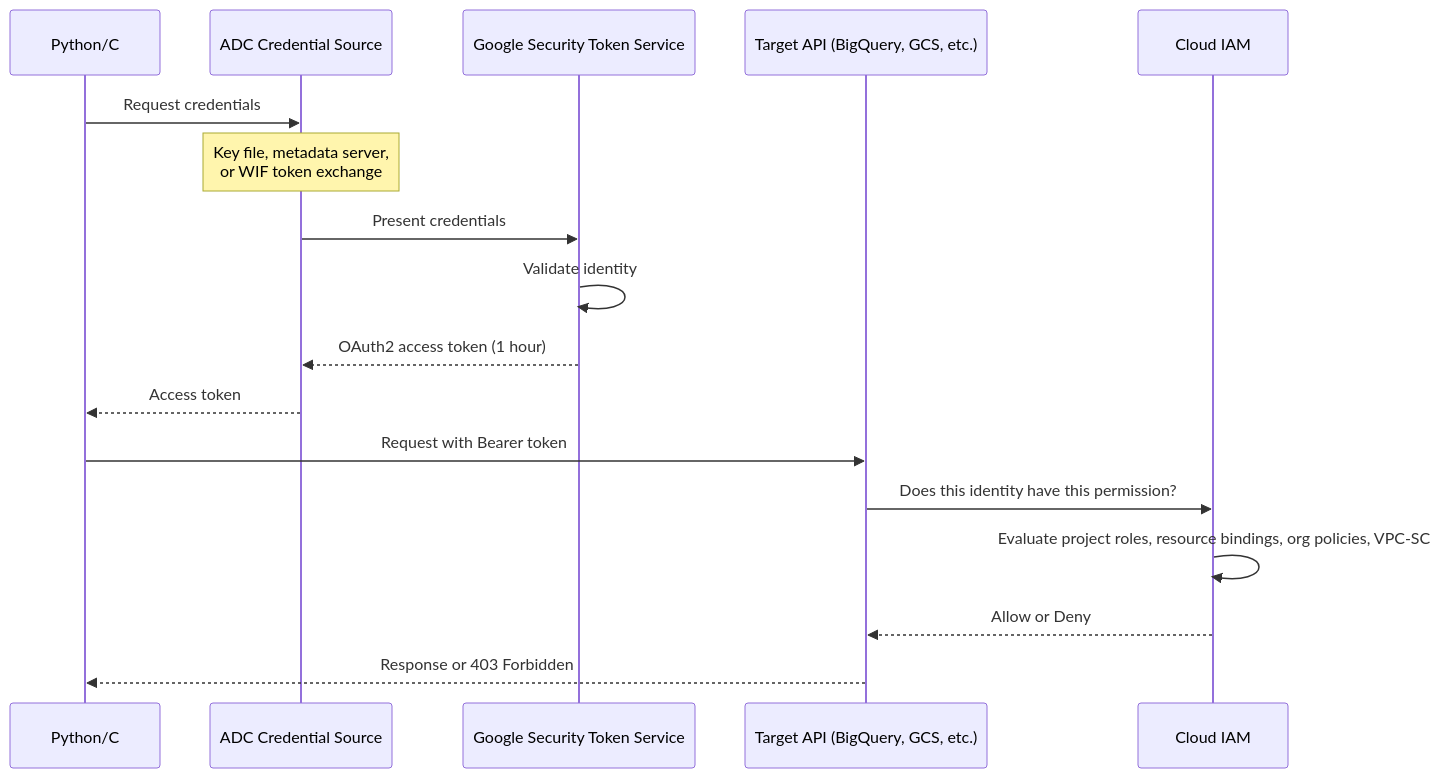
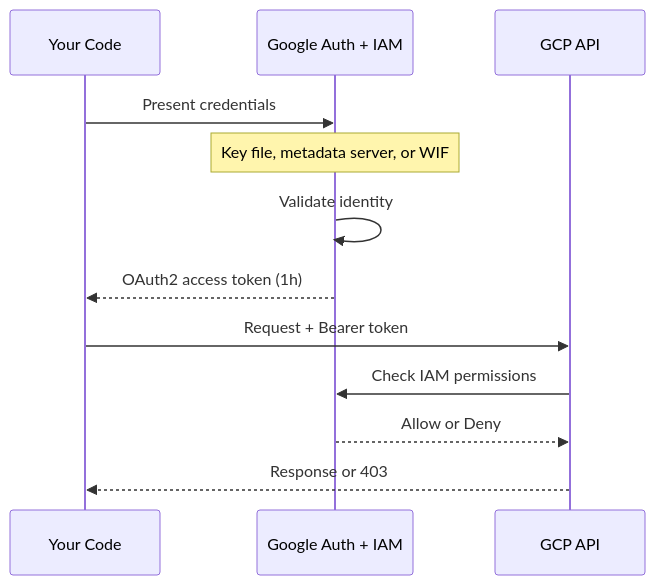
The first of 2 diagrams in content/06-GCP/Security/gcp-identity-and-connection-patterns.md (alp78/elysium), drawn with Mermaid before and after one commit. The commit also changed 39 other files, not shown here.

````diff
--- a/content/06-GCP/Security/gcp-identity-and-connection-patterns.md
+++ b/content/06-GCP/Security/gcp-identity-and-connection-patterns.md
@@ -70,20 +70,15 @@
 ```mermaid
 sequenceDiagram
-    participant App as Python/C# Code
-    participant ADC as ADC Credential Source
-    participant STS as Google Security Token Service
-    participant API as Target API (BigQuery, GCS, etc.)
-    participant IAM as Cloud IAM
+    participant App as Your Code
+    participant Auth as Google Auth + IAM
+    participant API as GCP API
 
-    App->>ADC: Request credentials
-    Note over ADC: Key file, metadata server,<br/>or WIF token exchange
-    ADC->>STS: Present credentials
-    STS->>STS: Validate identity
-    STS-->>ADC: OAuth2 access token (1 hour)
-    ADC-->>App: Access token
-    App->>API: Request with Bearer token
-    API->>IAM: Does this identity have this permission?
-    IAM->>IAM: Evaluate project roles, resource bindings, org policies, VPC-SC
-    IAM-->>API: Allow or Deny
-    API-->>App: Response or 403 Forbidden
+    App->>Auth: Present credentials
+    Note over Auth: Key file, metadata server, or WIF
+    Auth->>Auth: Validate identity
+    Auth-->>App: OAuth2 access token (1h)
+    App->>API: Request + Bearer token
+    API->>Auth: Check IAM permissions
+    Auth-->>API: Allow or Deny
+    API-->>App: Response or 403
 ```
````
